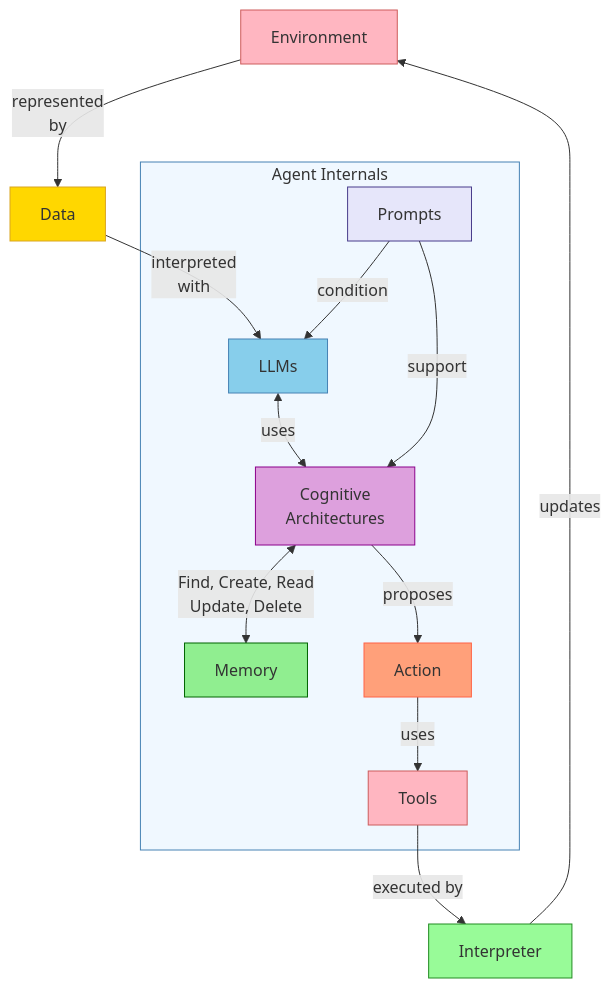
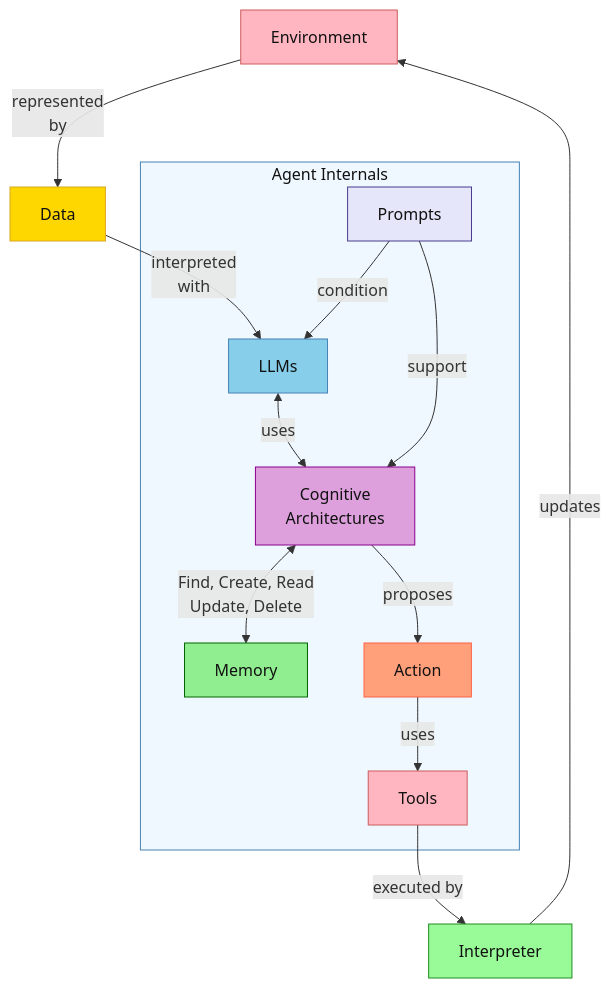
One commit to ianderrington/genai changed the diagram in docs/Understanding/agents/components/index.md. Above: the diagram before and after it, drawn with Mermaid. The commit also changed 24 other files, not shown here.

````diff
--- a/docs/Understanding/agents/components/index.md
+++ b/docs/Understanding/agents/components/index.md
@@ -25,55 +25,55 @@
     ```mermaid
     graph TB
         Environment[Environment] -->|represented <br> by | Data[Data]
         
         click Environment "./environments.html"
         Data -->|interpreted <br> with| LLM[LLMs]
         click Data "../data/index.html"
         LLM <-->|uses| CognitiveArchitectures[Cognitive <br>Architectures]
         click LLM "../../architectures/models/index.html"
         CognitiveArchitectures <--> |Find, Create, Read<br>Update, Delete| Memory[Memory]
         
         click Memory "./memory.html"
         Prompts[Prompts] -->|condition| LLM
         click Prompts "../../prompting/index.html"
         Prompts -->|support| CognitiveArchitectures
         click Prompts "../../prompting/index.html"
         CognitiveArchitectures -->|proposes| Action[Action]
         click CognitiveArchitectures "./cognitive_architecture.html"
         Action -->|uses| Tools[Tools]
         click Tools "./actions_and_tools.html"
         Tools -->|executed by| Interpreter[Interpreter]
         Interpreter -->|updates| Environment
 
         subgraph AgentInternals[Agent Internals]
             LLM
             Prompts
             CognitiveArchitectures
             Memory
             Action
             Tools
         end
         click AgentInternals "./index.html"
         
-        classDef env fill:#FFB6C1,stroke:#CD5C5C
-        classDef data fill:#FFD700,stroke:#DAA520
-        classDef llm fill:#87CEEB,stroke:#4682B4
-        classDef prompts fill:#E6E6FA,stroke:#483D8B
-        classDef cogarch fill:#DDA0DD,stroke:#8B008B
-        classDef memory fill:#90EE90,stroke:#006400
-        classDef action fill:#FFA07A,stroke:#FF6347
-        classDef tools fill:#FFB6C1,stroke:#CD5C5C
-        classDef interpreter fill:#98FB98,stroke:#228B22
-        classDef internals fill:#F0F8FF,stroke:#4682B4
+        classDef env fill:#FFB6C1,stroke:#CD5C5C,color:#111
+        classDef data fill:#FFD700,stroke:#DAA520,color:#111
+        classDef llm fill:#87CEEB,stroke:#4682B4,color:#111
+        classDef prompts fill:#E6E6FA,stroke:#483D8B,color:#111
+        classDef cogarch fill:#DDA0DD,stroke:#8B008B,color:#111
+        classDef memory fill:#90EE90,stroke:#006400,color:#111
+        classDef action fill:#FFA07A,stroke:#FF6347,color:#111
+        classDef tools fill:#FFB6C1,stroke:#CD5C5C,color:#111
+        classDef interpreter fill:#98FB98,stroke:#228B22,color:#111
+        classDef internals fill:#F0F8FF,stroke:#4682B4,color:#111
 
         class Environment env
         class Data data
         class LLM llm
         class Prompts prompts
         class CognitiveArchitectures cogarch
         class Memory memory
         class Action action
         class Tools tools
         class Interpreter interpreter
         class AgentInternals internals
     ```
````
